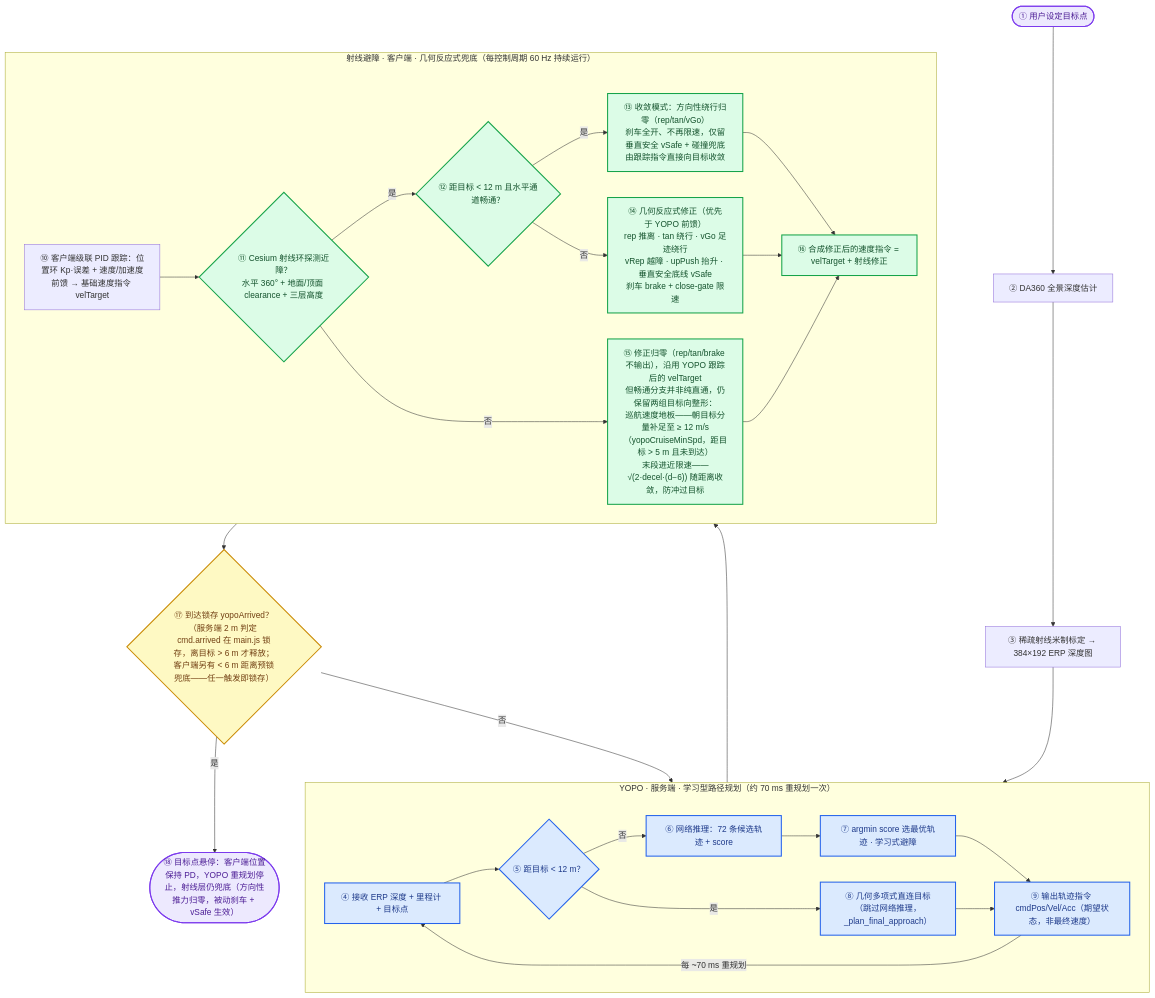
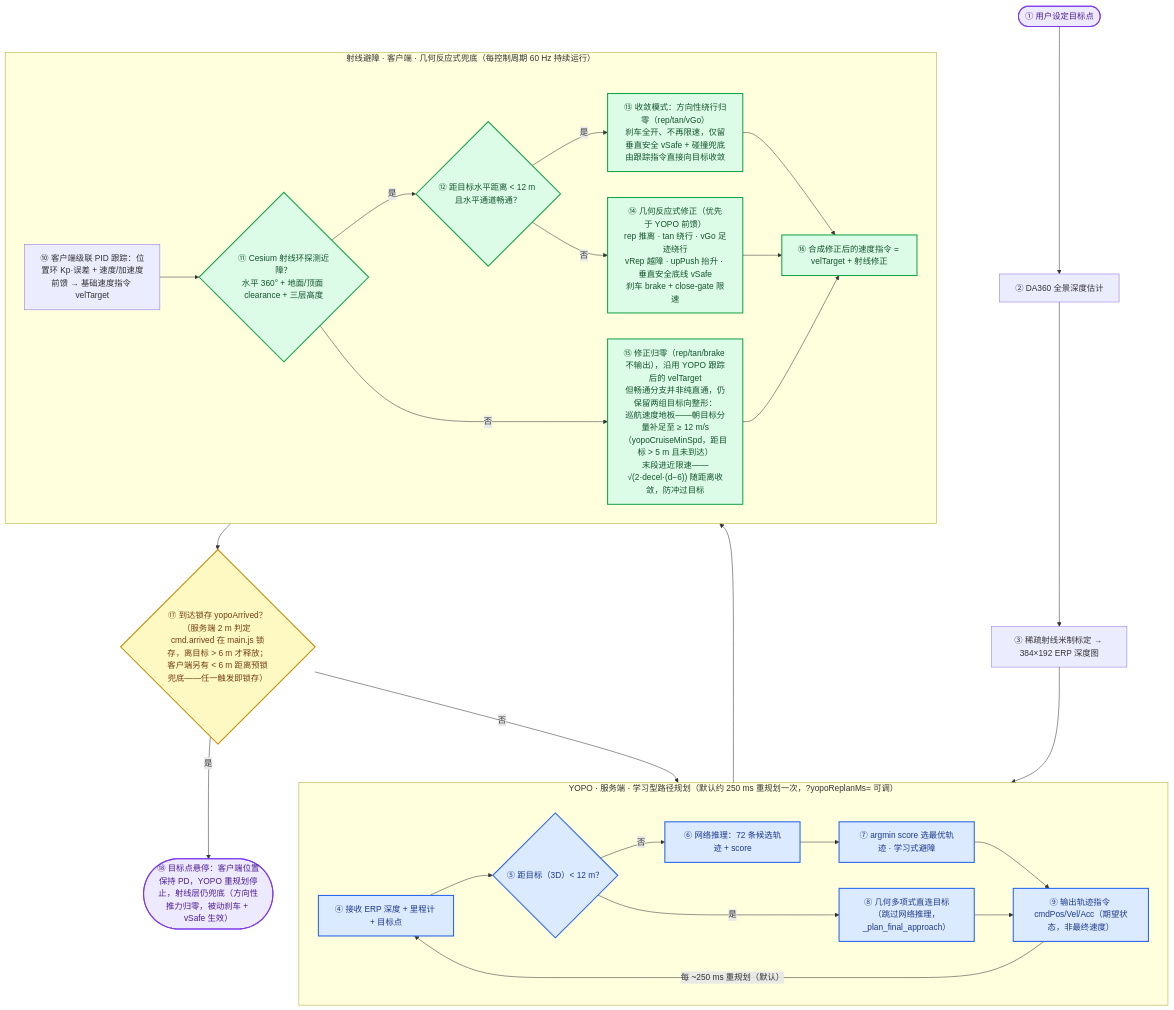
One commit to wuuwuu26/MindCloud_World_Fly_Private changed the diagram in README.md. Above: the diagram before and after it, drawn with Mermaid. The commit also changed other lines of this file and 1 other file, not shown here.

Commit message:
docs: 修正重规划间隔（70ms→250ms 默认值）并区分 3D/水平距离判据

````diff
--- a/README.md
+++ b/README.md
@@ -69,45 +69,45 @@
 ```mermaid
 flowchart TD
     classDef yopo fill:#dbeafe,stroke:#2563eb,stroke-width:2px,color:#1e3a8a;
     classDef ray fill:#dcfce7,stroke:#16a34a,stroke-width:2px,color:#14532d;
     classDef dec fill:#fef9c3,stroke:#ca8a04,stroke-width:2px,color:#713f12;
     classDef term fill:#ede9fe,stroke:#7c3aed,stroke-width:2px,color:#4c1d95;
 
     Start([① 用户设定目标点]) --> Depth[② DA360 全景深度估计]
     Depth --> Calib[③ 稀疏射线米制标定 → 384×192 ERP 深度图]
     Calib --> YIN
 
-    subgraph YOPO["YOPO · 服务端 · 学习型路径规划（约 70 ms 重规划一次）"]
+    subgraph YOPO["YOPO · 服务端 · 学习型路径规划（默认约 250 ms 重规划一次，?yopoReplanMs= 可调）"]
         direction LR
         YIN[④ 接收 ERP 深度 + 里程计 + 目标点]
-        YIN --> Dist{⑤ 距目标 < 12 m？}
+        YIN --> Dist{⑤ 距目标（3D）< 12 m？}
         Dist -->|否| Cands[⑥ 网络推理：72 条候选轨迹 + score]
         Cands --> Argmin[⑦ argmin score 选最优轨迹 · 学习式避障]
         Dist -->|是| Poly[⑧ 几何多项式直连目标<br/>（跳过网络推理，_plan_final_approach）]
         Argmin --> Cmd[⑨ 输出轨迹指令 cmdPos/Vel/Acc（期望状态，非最终速度）]
         Poly --> Cmd
-        Cmd -->|每 ~70 ms 重规划| YIN
+        Cmd -->|每 ~250 ms 重规划（默认）| YIN
     end
     class YIN,Dist,Cands,Argmin,Poly,Cmd yopo;
 
     Cmd --> Track[⑩ 客户端级联 PID 跟踪：位置环 Kp·误差 + 速度/加速度前馈 → 基础速度指令 velTarget]
 
     subgraph RAY["射线避障 · 客户端 · 几何反应式兜底（每控制周期 60 Hz 持续运行）"]
         direction LR
         Track --> Probe{"⑪ Cesium 射线环探测近障？<br/>水平 360° + 地面/顶面 clearance + 三层高度"}
-        Probe -->|是| Near{⑫ 距目标 < 12 m 且水平通道畅通？}
+        Probe -->|是| Near{⑫ 距目标水平距离 < 12 m 且水平通道畅通？}
         Near -->|是| Converge["⑬ 收敛模式：方向性绕行归零（rep/tan/vGo）<br/>刹车全开、不再限速，仅留垂直安全 vSafe + 碰撞兜底<br/>由跟踪指令直接向目标收敛"]
         Near -->|否| Field["⑭ 几何反应式修正（优先于 YOPO 前馈）<br/>rep 推离 · tan 绕行 · vGo 足迹绕行<br/>vRep 越障 · upPush 抬升 · 垂直安全底线 vSafe<br/>刹车 brake + close-gate 限速"]
         Probe -->|否| Zero["⑮ 修正归零（rep/tan/brake 不输出），沿用 YOPO 跟踪后的 velTarget<br/>但畅通分支并非纯直通，仍保留两组目标向整形：<br/>巡航速度地板——朝目标分量补足至 ≥ 12 m/s（yopoCruiseMinSpd，距目标 > 5 m 且未到达）<br/>末段进近限速——√(2·decel·(d−6)) 随距离收敛，防冲过目标"]
         Converge --> Synth[⑯ 合成修正后的速度指令 = velTarget + 射线修正]
         Field --> Synth
         Zero --> Synth
     end
     class Probe,Near,Converge,Field,Zero,Synth ray;
 
     Synth --> Arrive{"⑰ 到达锁存 yopoArrived？（服务端 2 m 判定 cmd.arrived 在 main.js 锁存，离目标 > 6 m 才释放；客户端另有 < 6 m 距离预锁兜底——任一触发即锁存）"}
     Arrive -->|否| YIN
     Arrive -->|是| End([⑱ 目标点悬停：客户端位置保持 PD，YOPO 重规划停止，射线层仍兜底（方向性推力归零，被动刹车 + vSafe 生效）])
     class Arrive dec;
     class Start,End term;
 ```
````
